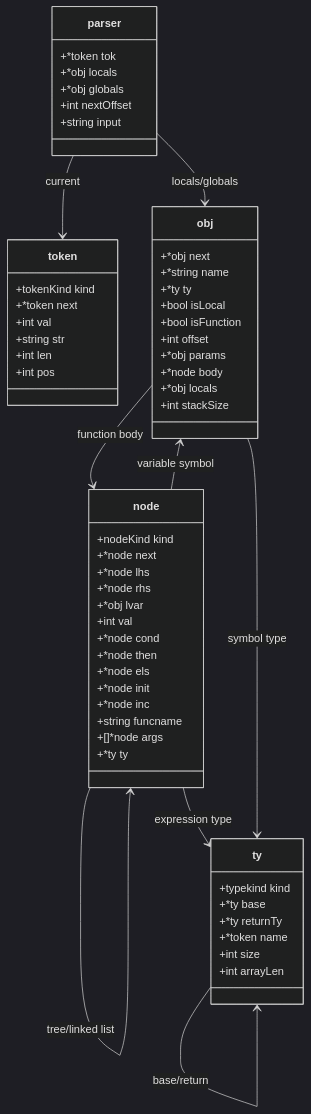
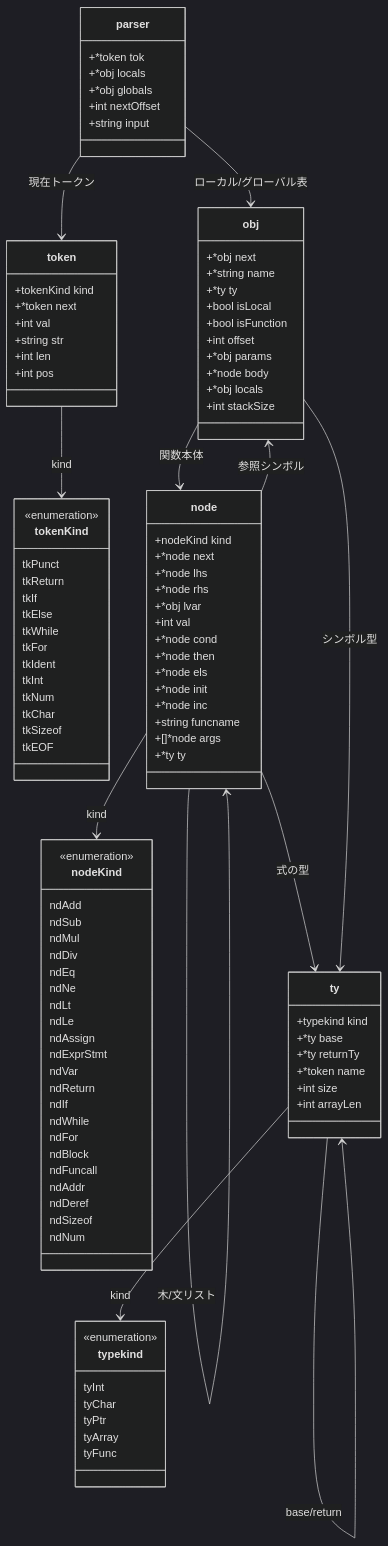
Before and after one commit to repunit11/g9cc: the second of 2 diagrams in ARCHITECTURE.md, drawn with Mermaid (dark theme). The commit also changed other lines of this file and 6 other files, not shown here.

Commit message:
Add char type

````diff
--- a/ARCHITECTURE.md
+++ b/ARCHITECTURE.md
@@ -7,5 +36,55 @@
 ```mermaid
 classDiagram
+  class tokenKind {
+    <<enumeration>>
+    tkPunct
+    tkReturn
+    tkIf
+    tkElse
+    tkWhile
+    tkFor
+    tkIdent
+    tkInt
+    tkNum
+    tkChar
+    tkSizeof
+    tkEOF
+  }
+
+  class nodeKind {
+    <<enumeration>>
+    ndAdd
+    ndSub
+    ndMul
+    ndDiv
+    ndEq
+    ndNe
+    ndLt
+    ndLe
+    ndAssign
+    ndExprStmt
+    ndVar
+    ndReturn
+    ndIf
+    ndWhile
+    ndFor
+    ndBlock
+    ndFuncall
+    ndAddr
+    ndDeref
+    ndSizeof
+    ndNum
+  }
+
+  class typekind {
+    <<enumeration>>
+    tyInt
+    tyChar
+    tyPtr
+    tyArray
+    tyFunc
+  }
+
   class token {
     +tokenKind kind
     +*token next
@@ -62,12 +141,16 @@
     +int arrayLen
   }
 
-  parser --> token : current
-  parser --> obj : locals/globals
-  node --> node : tree/linked list
-  node --> obj : variable symbol
-  node --> ty : expression type
-  obj --> ty : symbol type
-  obj --> node : function body
+  token --> tokenKind : kind
+  node --> nodeKind : kind
+  ty --> typekind : kind
+
+  parser --> token : 現在トークン
+  parser --> obj : ローカル/グローバル表
+  node --> node : 木/文リスト
+  node --> obj : 参照シンボル
+  node --> ty : 式の型
+  obj --> ty : シンボル型
+  obj --> node : 関数本体
   ty --> ty : base/return
 ```
````
